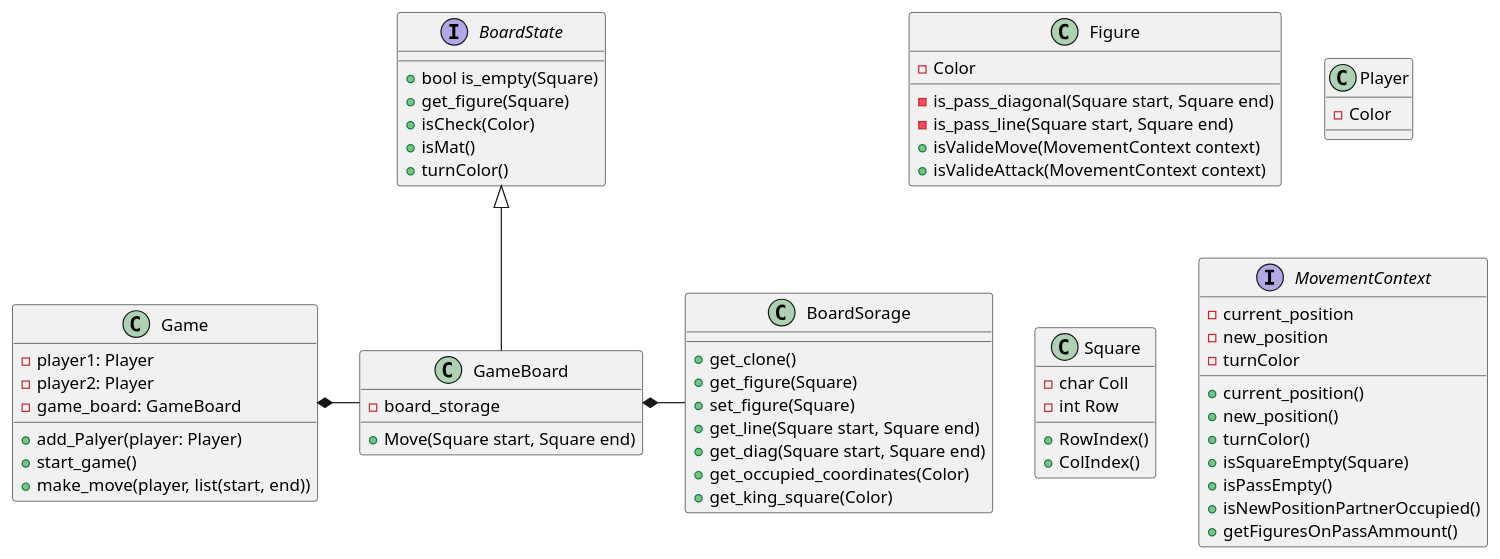
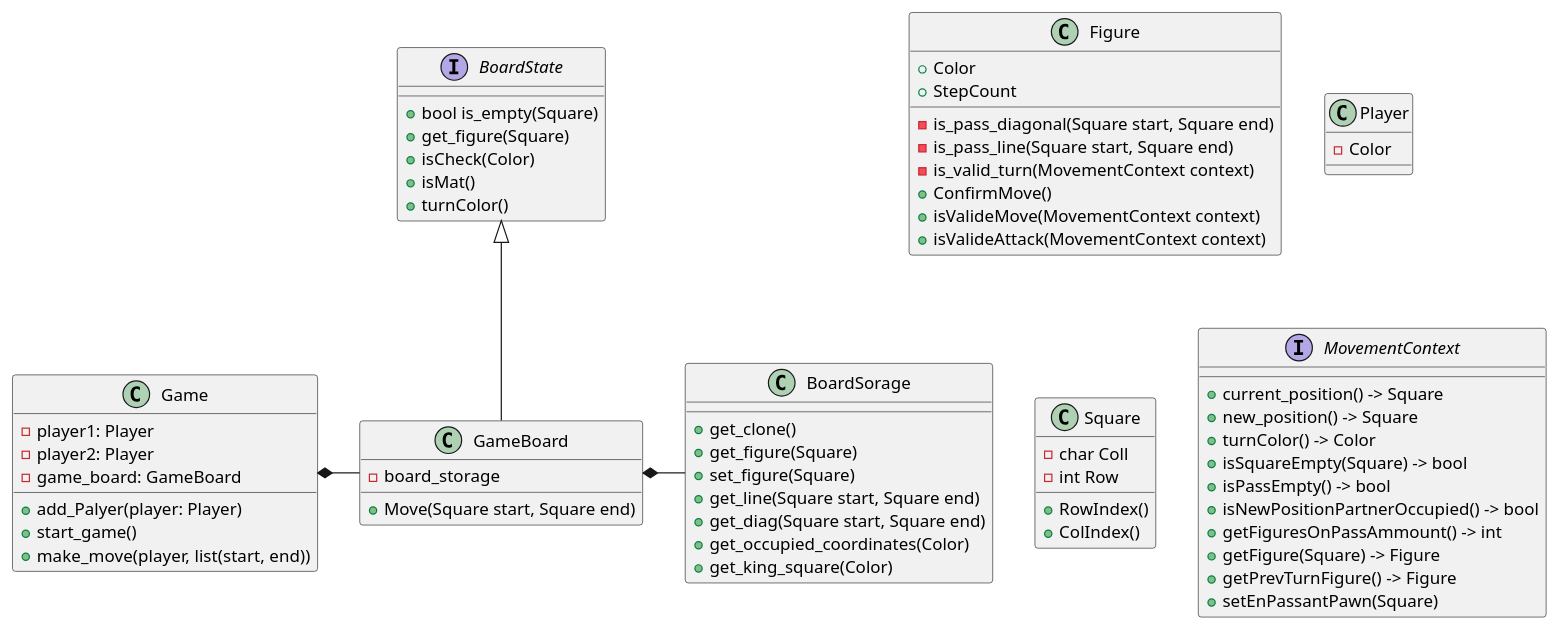
The diagram in chess.wsd (alanmakarov/chess), drawn with PlantUML before and after one commit.

Commit message:
update context

```diff
--- a/chess.wsd
+++ b/chess.wsd
@@ -1,74 +1,78 @@
 @startuml
 
 class Figure {
-    - Color
+    + Color
+    + StepCount
     - is_pass_diagonal(Square start, Square end)
     - is_pass_line(Square start, Square end)
+    - is_valid_turn(MovementContext context)
+    + ConfirmMove()
     + isValideMove(MovementContext context)
     + isValideAttack(MovementContext context)
 }
 
 Interface BoardState{
     + bool is_empty(Square)
     + get_figure(Square)
     + isCheck(Color)
     + isMat()
     + turnColor()
 }
 
 class GameBoard extends BoardState {
     - board_storage
     + Move(Square start, Square end)
 }
 
 class BoardSorage {
     + get_clone()
     + get_figure(Square)
     + set_figure(Square)
     + get_line(Square start, Square end)
     + get_diag(Square start, Square end)
     + get_occupied_coordinates(Color)
     + get_king_square(Color)
 }
 
 GameBoard *- BoardSorage
 Game *- GameBoard
 
 class Game{
     - player1: Player
     - player2: Player
     - game_board: GameBoard
     + add_Palyer(player: Player)
     + start_game()
     + make_move(player, list(start, end))
 }
 
 class Player{
     - Color
 }
 
 class Square{
     - char Coll
     - int Row
     +RowIndex()
     +ColIndex()
 }
 
 
 
 Interface MovementContext{
-    - current_position
-    - new_position
-    - turnColor 
-    + current_position()
-    + new_position()
-    + turnColor()
-    + isSquareEmpty(Square)
-    + isPassEmpty()
-    + isNewPositionPartnerOccupied()
-    + getFiguresOnPassAmmount()
+ 
+    + current_position() -> Square
+    + new_position() -> Square
+    + turnColor() -> Color
+    + isSquareEmpty(Square) -> bool
+    + isPassEmpty() -> bool
+    + isNewPositionPartnerOccupied() -> bool
+    + getFiguresOnPassAmmount() -> int
+    + getFigure(Square) -> Figure
+    + getPrevTurnFigure() -> Figure
+    + setEnPassantPawn(Square)
     
     
 }
 
 @enduml
```
